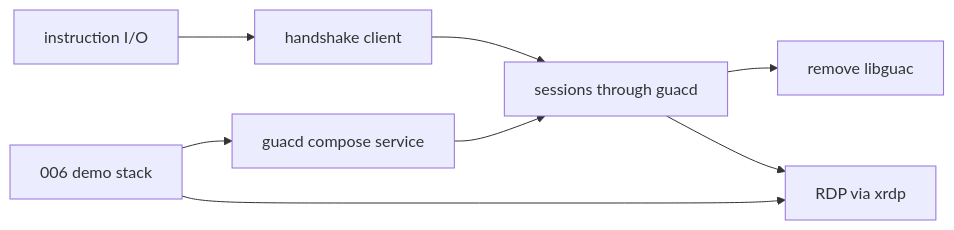
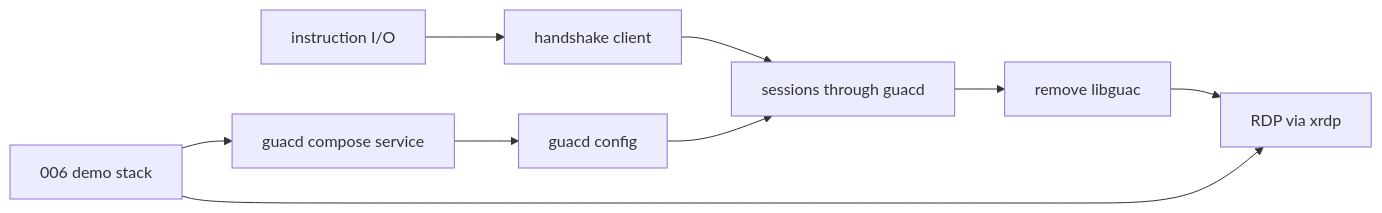
Before and after one commit to changkun/occamy: the diagram in specs/005-upstream-guacamole.md, drawn with Mermaid. The commit also changed other lines of this file and 7 other files, not shown here.

````diff
--- a/specs/005-upstream-guacamole.md
+++ b/specs/005-upstream-guacamole.md
@@ -145,10 +149,11 @@
 ```mermaid
 graph LR
   S006[006 demo stack] --> C[guacd compose service]
+  C --> G[guacd config]
   A[instruction I/O] --> B[handshake client]
   B --> D[sessions through guacd]
-  C --> D
+  G --> D
   D --> E[remove libguac]
-  D --> F[RDP via xrdp]
+  E --> F[RDP via xrdp]
   S006 --> F
 ```
````
